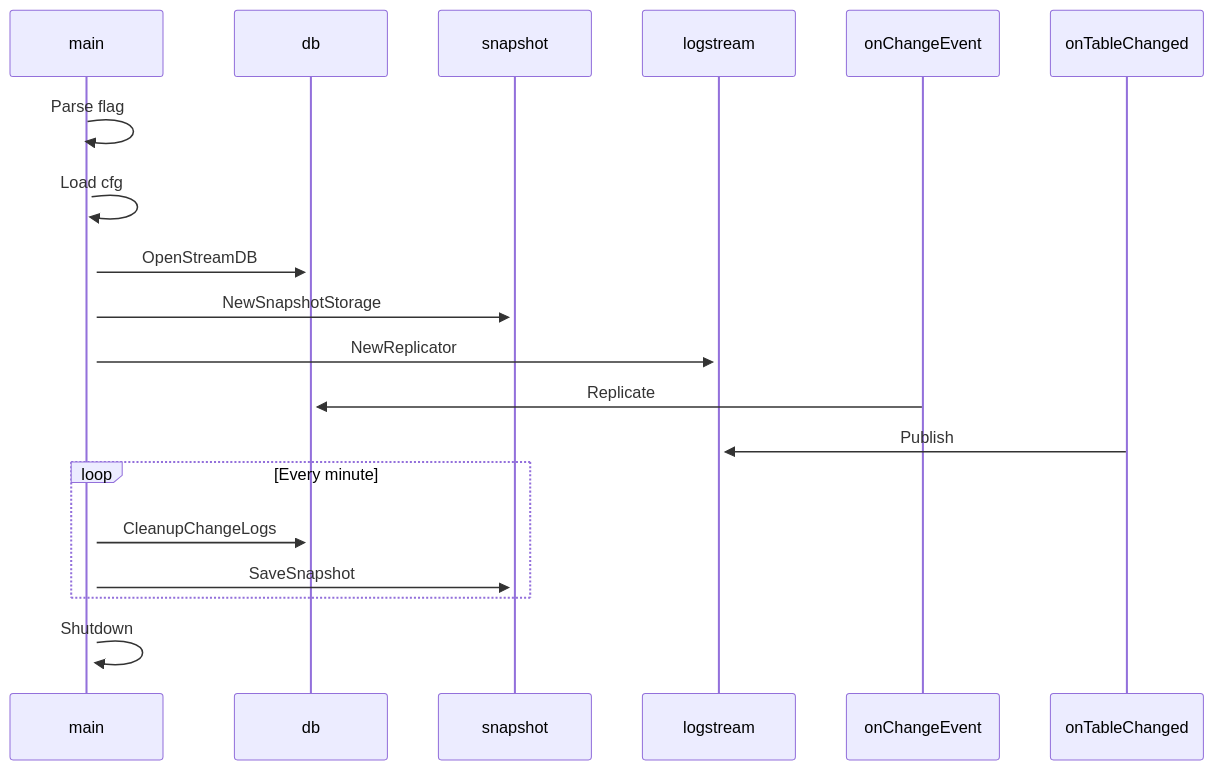
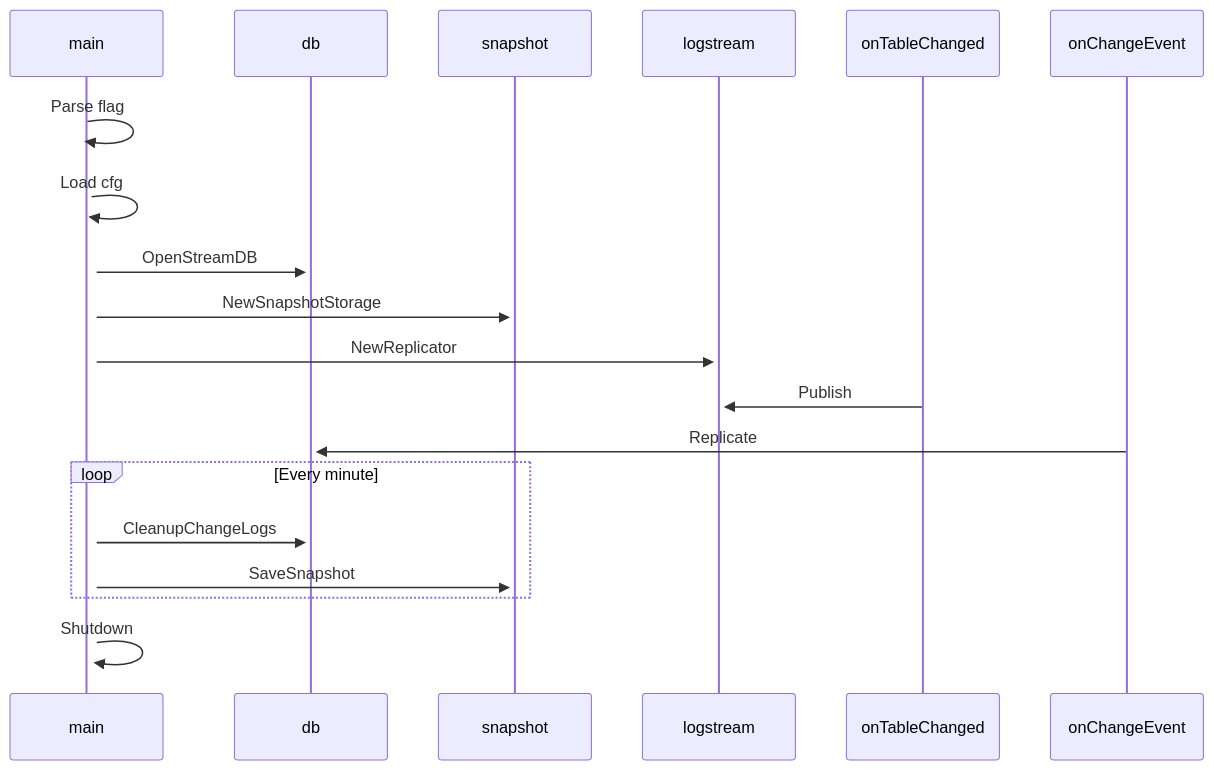
Before and after one commit to maxpert/marmot: the diagram in docs/src/pages/internals.mdx, drawn with Mermaid.

Commit message:
Refine the sequence diagram

````diff
--- a/docs/src/pages/internals.mdx
+++ b/docs/src/pages/internals.mdx
@@ -5,15 +5,15 @@
 ```mermaid
 sequenceDiagram
     main->>+main: Parse flag
     main->>+main: Load cfg
     main->>+db: OpenStreamDB
     main->>+snapshot: NewSnapshotStorage
     main->>+logstream: NewReplicator
-    onChangeEvent->>+db: Replicate
-    onTableChanged->>+logstream: Publish    
+    onTableChanged->>+logstream: Publish 
+    onChangeEvent->>+db: Replicate   
     loop Every minute
         main->>+db: CleanupChangeLogs
         main->>+snapshot: SaveSnapshot
     end
         main->>main: Shutdown
 ```
````
